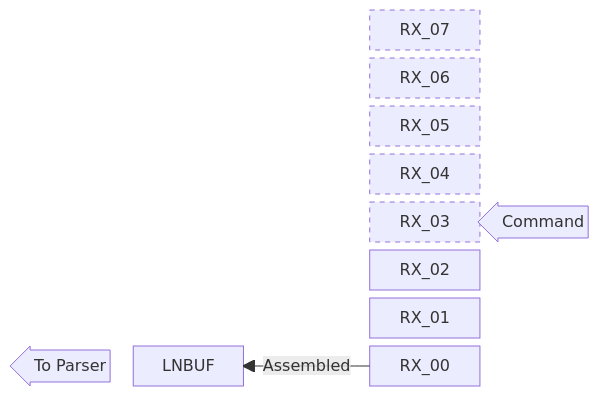
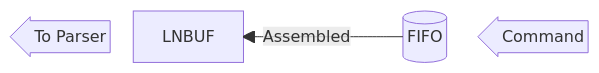
Before and after one commit to Nakakiyo092/canable2kai: the second of 8 diagrams in doc/7.-Buffer-Strategy.md, drawn with Mermaid. The commit also changed other lines of this file, not shown here.

Commit message:
Update CDC Rx buffer description for tinyUSB
With tinyUSB, the device holds off the host when the CDC Rx FIFO is
full instead of discarding the received data.

````diff
--- a/doc/7.-Buffer-Strategy.md
+++ b/doc/7.-Buffer-Strategy.md
@@ -23,21 +23,8 @@
 ```mermaid
 block
-  columns 7
+  columns 5
 
-  space                              space space RX_07 space                            space space
-  space                              space space RX_06 space                            space space
-  space                              space space RX_05 space                            space space
-  space                              space space RX_04 space                            space space
-  space                              space space RX_03 blockArrowId1<["Command"]>(left) space space
-  space                              space space RX_02 space                            space space
-  space                              space space RX_01 space                            space space
-  blockArrowId2<["To Parser"]>(left) LNBUF space RX_00 space                            space space
+  blockArrowId2<["To Parser"]>(left)  LNBUF  space  RX_00[("FIFO")]  blockArrowId1<["Command"]>(left)
 
   RX_00 -- "Assembled" --> LNBUF
-
-  style RX_07 stroke-dasharray: 5 5
-  style RX_06 stroke-dasharray: 5 5
-  style RX_05 stroke-dasharray: 5 5
-  style RX_04 stroke-dasharray: 5 5
-  style RX_03 stroke-dasharray: 5 5
 ```
````
